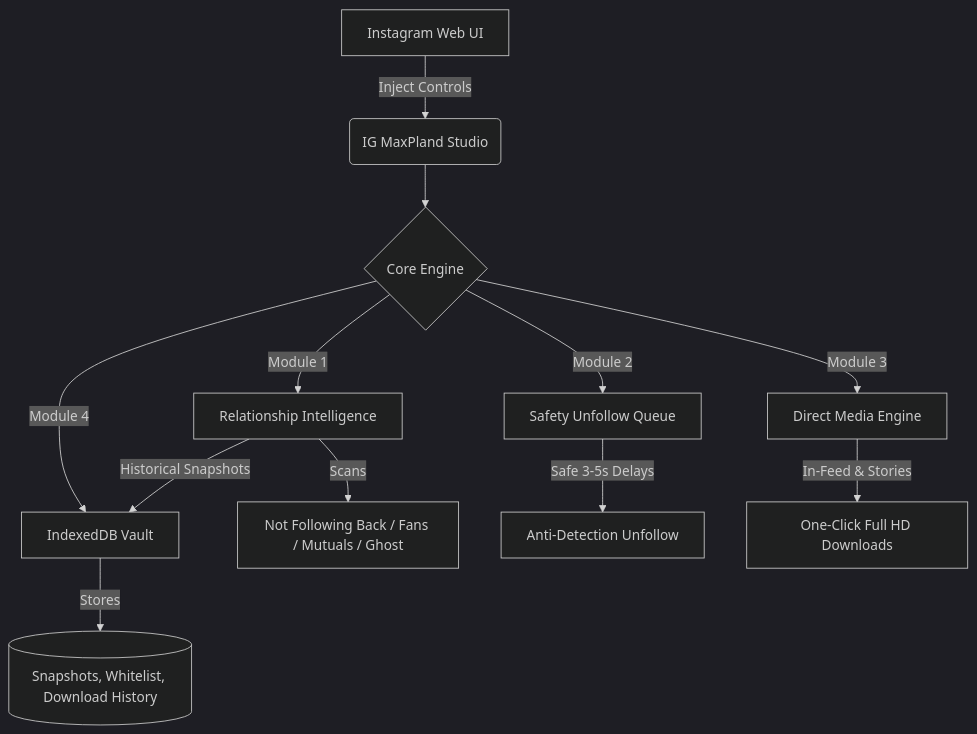
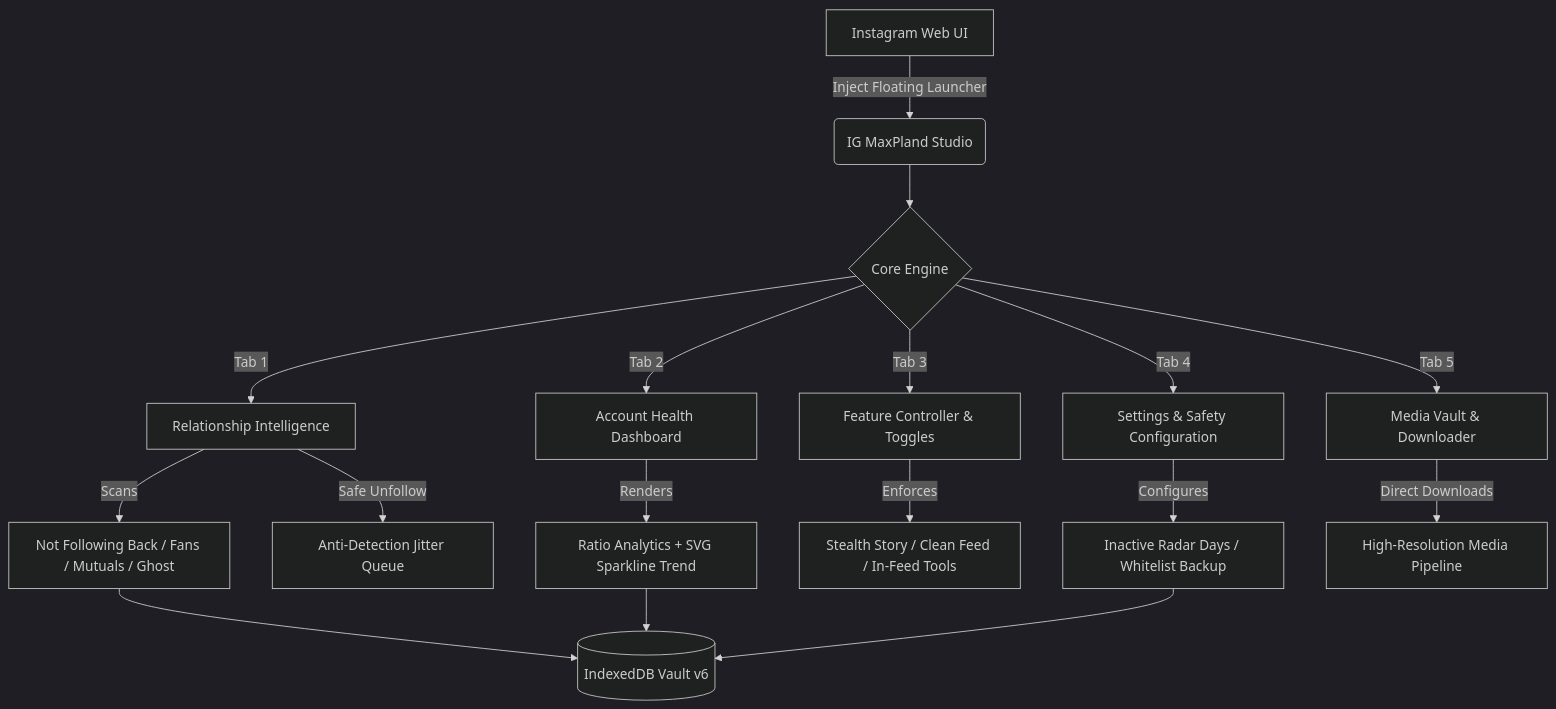
One commit to Stxyu-p/ig-maxpland changed the diagram in README.md. Above: the diagram before and after it, drawn with Mermaid (dark theme). The commit also changed other lines of this file and 2 other files, not shown here.

Commit message:
feat(release): bump v2.6.0 with stealth story, clean feed, inactive radar, health dashboard and revamp README

````diff
--- a/README.md
+++ b/README.md
@@ -53,15 +78,19 @@
 ```mermaid
 graph TD
-    A[Instagram Web UI] -->|Inject Controls| B(IG MaxPland Studio)
+    A[Instagram Web UI] -->|Inject Floating Launcher| B(IG MaxPland Studio)
     B --> C{Core Engine}
-    C -->|Module 1| D[Relationship Intelligence]
-    C -->|Module 2| E[Safety Unfollow Queue]
-    C -->|Module 3| F[Direct Media Engine]
-    C -->|Module 4| G[IndexedDB Vault]
+    C -->|Tab 1| D[Relationship Intelligence]
+    C -->|Tab 2| E[Account Health Dashboard]
+    C -->|Tab 3| F[Feature Controller & Toggles]
+    C -->|Tab 4| G[Settings & Safety Configuration]
+    C -->|Tab 5| H[Media Vault & Downloader]
     
-    D -->|Scans| H[Not Following Back / Fans / Mutuals / Ghost]
-    D -->|Historical Snapshots| G
-    E -->|Safe 3-5s Delays| I[Anti-Detection Unfollow]
-    F -->|In-Feed & Stories| J[One-Click Full HD Downloads]
-    G -->|Stores| K[(Snapshots, Whitelist, Download History)]
+    D -->|Scans| I[Not Following Back / Fans / Mutuals / Ghost]
+    D -->|Safe Unfollow| J[Anti-Detection Jitter Queue]
+    E -->|Renders| K[Ratio Analytics + SVG Sparkline Trend]
+    F -->|Enforces| L[Stealth Story / Clean Feed / In-Feed Tools]
+    G -->|Configures| M[Inactive Radar Days / Whitelist Backup]
+    H -->|Direct Downloads| N[High-Resolution Media Pipeline]
+    
+    I & K & M --> O[(IndexedDB Vault v6)]
 ```
````
